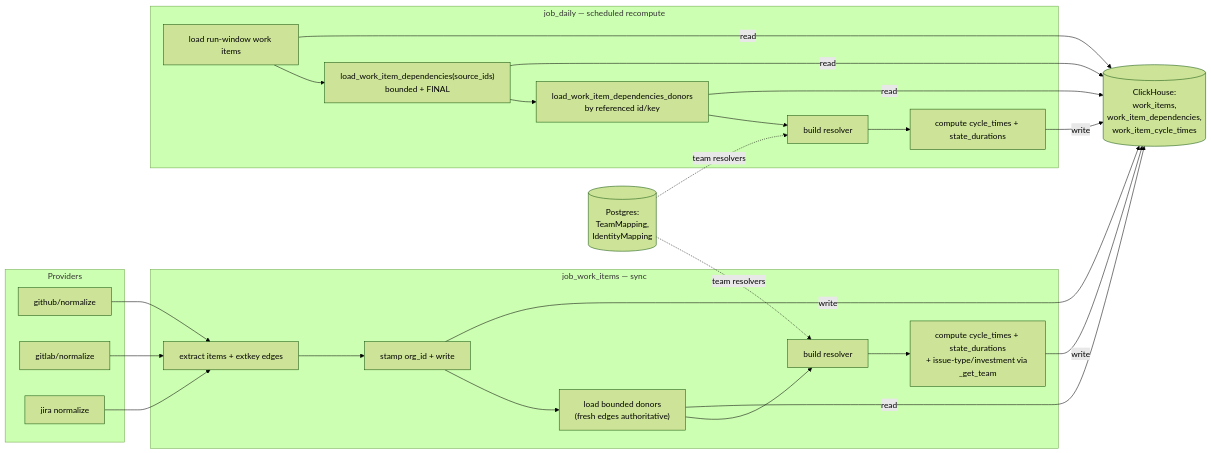
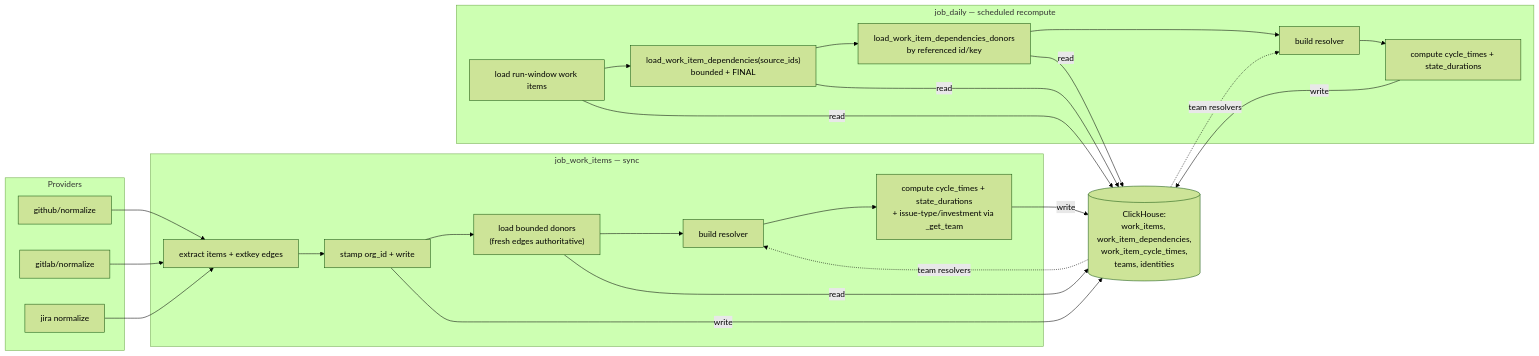
One commit to full-chaos/dev-health-ops changed the fifth of 6 diagrams in docs/architecture/team-attribution.md. Above: the diagram before and after it, drawn with Mermaid (forest theme). The commit also changed other lines of this file and 77 other files, not shown here.

First line of the commit message:
CHAOS-2600: ClickHouse-only team attribution (CS0–CS6) → main (#1024)

````diff
--- a/docs/architecture/team-attribution.md
+++ b/docs/architecture/team-attribution.md
@@ -175,44 +329,43 @@
 ```mermaid
 flowchart LR
     subgraph providers ["Providers"]
         GH["github/normalize"]
         GL["gitlab/normalize"]
         JI["jira normalize"]
     end
 
     subgraph sync ["job_work_items — sync"]
         S1["extract items + extkey edges"]
         S2["stamp org_id + write"]
         S3["load bounded donors<br/>(fresh edges authoritative)"]
         S4["build resolver"]
         S5["compute cycle_times + state_durations<br/>+ issue-type/investment via _get_team"]
     end
 
     subgraph daily ["job_daily — scheduled recompute"]
         D1["load run-window work items"]
         D2["load_work_item_dependencies(source_ids)<br/>bounded + FINAL"]
         D3["load_work_item_dependencies_donors<br/>by referenced id/key"]
         D4["build resolver"]
         D5["compute cycle_times + state_durations"]
     end
 
     GH --> S1
     GL --> S1
     JI --> S1
     S1 --> S2 --> S3 --> S4 --> S5
 
     D1 --> D2 --> D3 --> D4 --> D5
 
-    CH[("ClickHouse:<br/>work_items,<br/>work_item_dependencies,<br/>work_item_cycle_times")]
-    PG[("Postgres:<br/>TeamMapping,<br/>IdentityMapping")]
+    CH[("ClickHouse:<br/>work_items, work_item_dependencies,<br/>work_item_cycle_times,<br/>teams, identities")]
 
     S2 -->|write| CH
     S3 -->|read| CH
     S5 -->|write| CH
     D1 -->|read| CH
     D2 -->|read| CH
     D3 -->|read| CH
     D5 -->|write| CH
-    PG -. team resolvers .-> S4
-    PG -. team resolvers .-> D4
+    CH -. team resolvers .-> S4
+    CH -. team resolvers .-> D4
 ```
````
